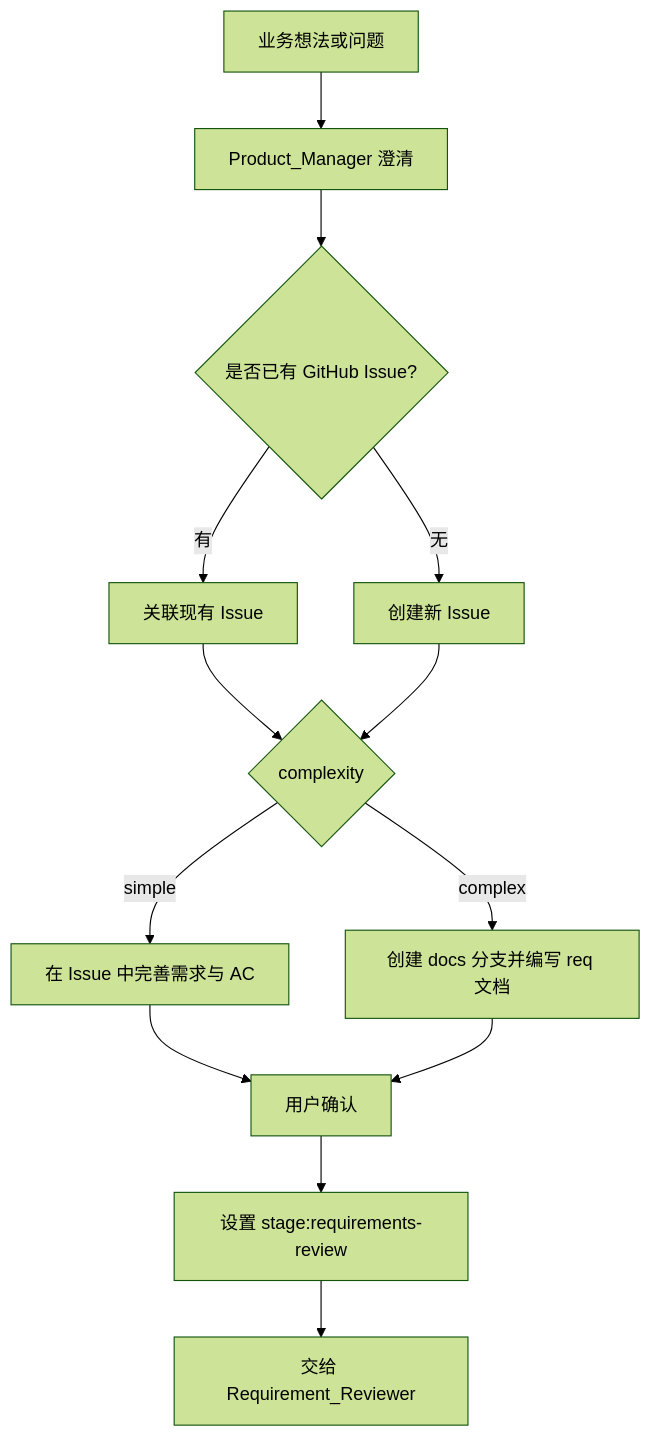
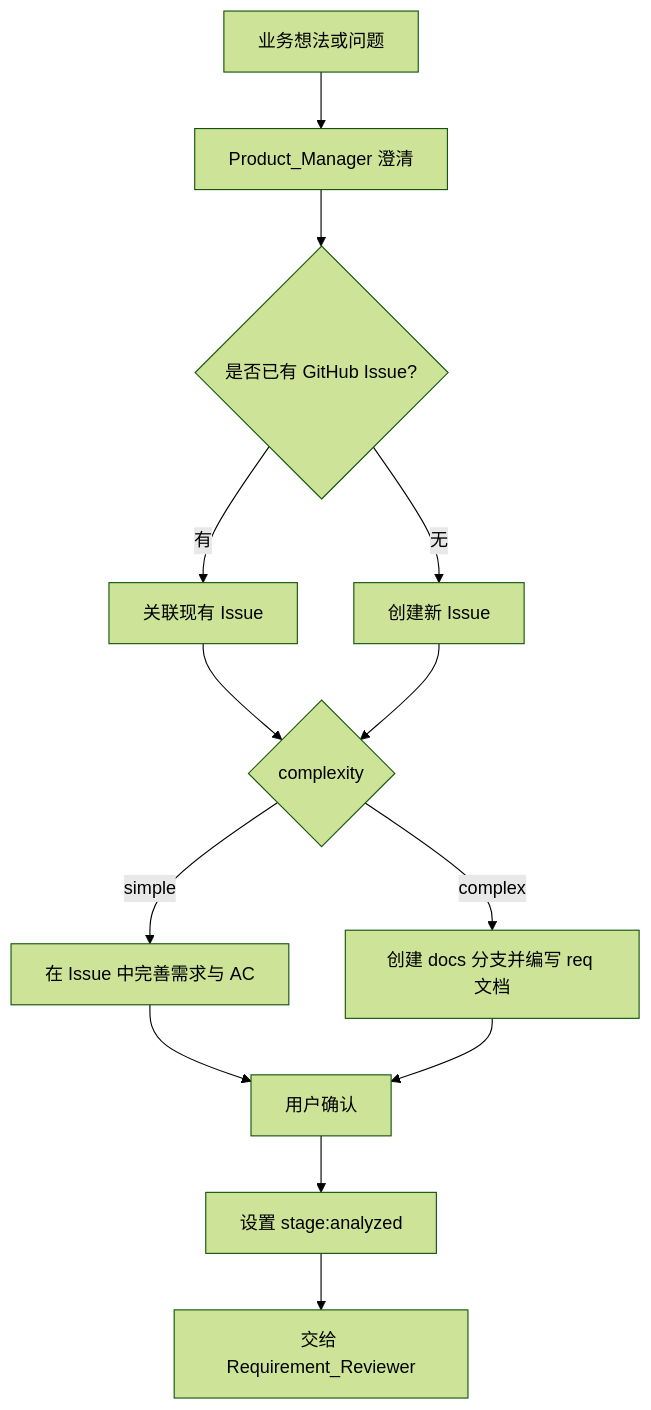
One commit to JumpStarGroup/health_platform changed the second of 17 diagrams in docs/PROJECT-WORKFLOW-ROLES.md. Above: the diagram before and after it, drawn with Mermaid (forest theme). The commit also changed other lines of this file and 7 other files, not shown here.

````diff
--- a/docs/PROJECT-WORKFLOW-ROLES.md
+++ b/docs/PROJECT-WORKFLOW-ROLES.md
@@ -87,15 +87,15 @@
 ```mermaid
 flowchart TD
     A[业务想法或问题] --> B[Product_Manager 澄清]
     B --> C{是否已有 GitHub Issue?}
     C -- 有 --> D[关联现有 Issue]
     C -- 无 --> E[创建新 Issue]
     D --> F{complexity}
     E --> F
     F -- simple --> G[在 Issue 中完善需求与 AC]
     F -- complex --> H[创建 docs 分支并编写 req 文档]
     G --> I[用户确认]
     H --> I
-    I --> J[设置 stage:requirements-review]
+    I --> J[设置 stage:analyzed]
     J --> K[交给 Requirement_Reviewer]
 ```
````
